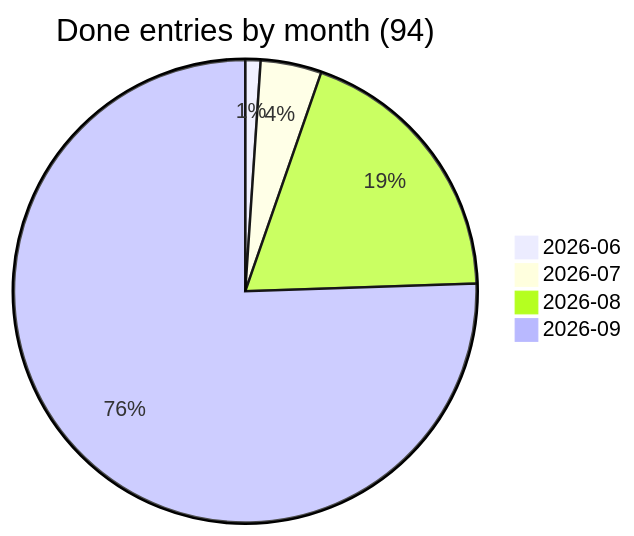
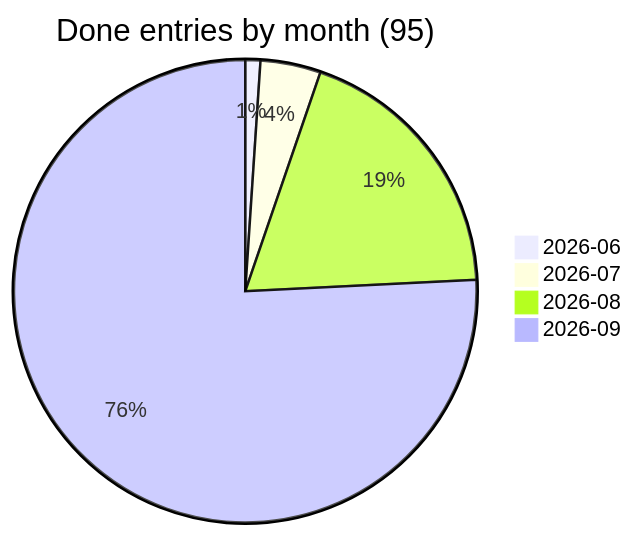
Before and after one commit to Berbadov/kriko: the diagram in done.md, drawn with Mermaid. The commit also changed other lines of this file and 1 other file, not shown here.

Commit message:
B154 done: moved to done.md

````diff
--- a/done.md
+++ b/done.md
@@ -10,10 +10,10 @@
 ```mermaid
-pie title Done entries by month (94)
+pie title Done entries by month (95)
 "2026-06" : 1
 "2026-07" : 4
 "2026-08" : 18
-"2026-09" : 71
+"2026-09" : 72
 %% versions 2026-06: -
 %% versions 2026-07: -
 %% versions 2026-08: -
 ```
````
